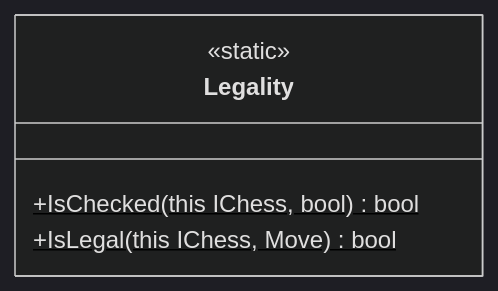
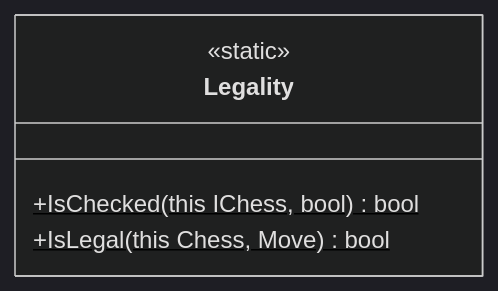
The fourth of 9 diagrams in UML Diagram/Core/Extensions.md (JeanLColombo/Mate), drawn with Mermaid (dark theme) before and after one commit. The commit also changed other lines of this file and 7 other files, not shown here.

Commit message:
Added IChess.Add(MoveEntry)

````diff
--- a/UML Diagram/Core/Extensions.md
+++ b/UML Diagram/Core/Extensions.md
@@ -44,8 +44,8 @@
 ```mermaid
     classDiagram
     class Legality{
         <<static>>
         +IsChecked(this IChess, bool)$ bool
-        +IsLegal(this IChess, Move)$ bool 
+        +IsLegal(this Chess, Move)$ bool 
     }
 ```
````
